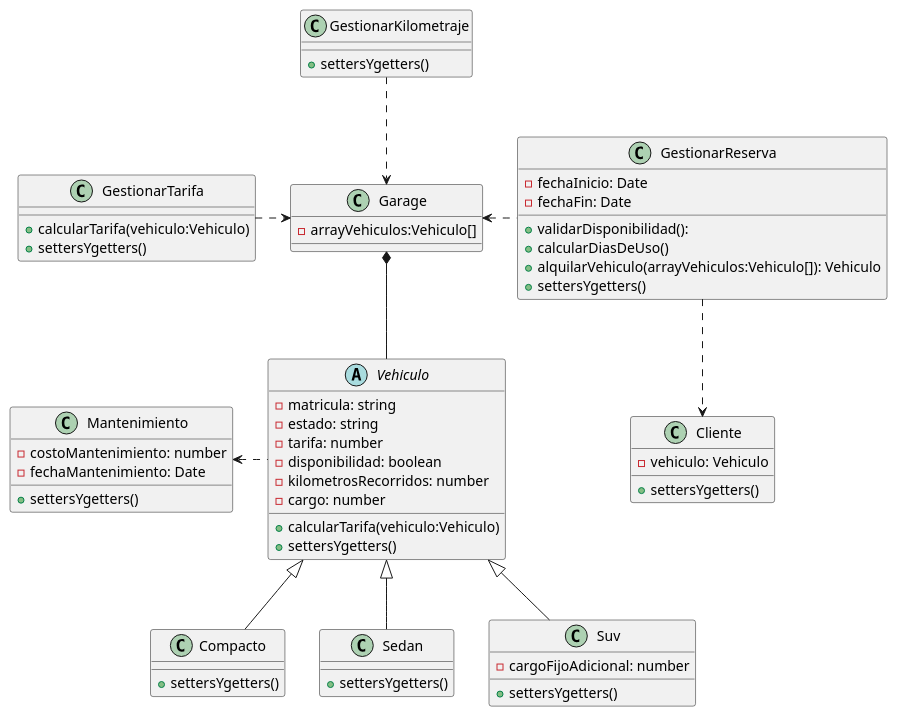
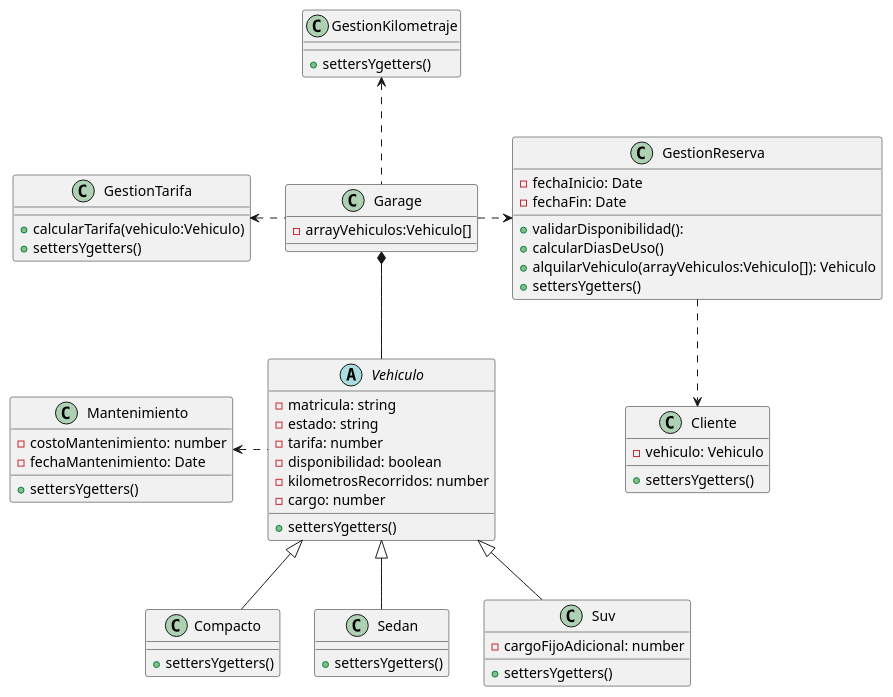
Before and after one commit to antonellaBelenVidela/Programacion2Grupo7: the diagram in diagrama-proyect.puml, drawn with PlantUML.

Commit message:
Coreccion y nuevas notas
Le preguntamos al profe y nos dio unas par de respuestas, concluimos en que hay que tener al Garage como derivador de tareas y una Interfaz Gestor de Tarifas

```diff
--- a/diagrama-proyect.puml
+++ b/diagrama-proyect.puml
@@ -1,86 +1,92 @@
 @startuml DriveHub
+ 
+'Preguntas:
+'Garage Entidad encargada de todo? 
+'Podemos hacer una interfaz para las Gestiones?'
 
-'notas'
-'gestionar reserva como un metodo dentro de garage ?¿'
-'sobreescritura de calcularTarifa'
+'Garage Pulpo derivador de Tareas'
+'Interfaz Gestor de tarifas'
+
 class Garage{
     - arrayVehiculos:Vehiculo[]
 }
 
 'Relaciones'
 Garage *-d- Vehiculo
-GestionarReserva ..> Cliente
+GestionReserva ..> Cliente
 Vehiculo .l.> Mantenimiento
-GestionarTarifa .r.> Garage
-GestionarKilometraje .d.> Garage
-GestionarReserva .l.> Garage
+
+' Voltear '
+GestionTarifa <.r. Garage
+GestionKilometraje <.d. Garage
+GestionReserva <.l. Garage
 
 abstract class Vehiculo{
     - matricula: string
     - estado: string
     - tarifa: number
     - disponibilidad: boolean
     - kilometrosRecorridos: number
     - cargo: number
-
-    + calcularTarifa(vehiculo:Vehiculo) 
+ 
     + settersYgetters()
 }
 
 'kmIniciales y kmFinales para calcular km para tarifa
 'super() para extender'
 'cargo lo heredan los 3'
 class Compacto extends Vehiculo{
     + settersYgetters()
 }
 
 class Sedan extends Vehiculo{
 
     + settersYgetters()
 }
 
 class Suv extends Vehiculo{
 
     - cargoFijoAdicional: number
     + settersYgetters()
 }
 
 class Cliente {
     - vehiculo: Vehiculo
 
     + settersYgetters()
 }
 
-class GestionarReserva{
+class GestionReserva{
 
     - fechaInicio: Date
     - fechaFin: Date
 
     + validarDisponibilidad():
     + calcularDiasDeUso()
     + alquilarVehiculo(arrayVehiculos:Vehiculo[]): Vehiculo
     + settersYgetters()
 }
 
 '+ calcularDiasDeUso() --> FECHA FIN - FECHA INICIO = CANT DE DIAS DE USO'
+'Biblioteca Moment'
 'pedirle al usuario cant de dias de uso y hacer el calculo con ese ingreso
 
-class GestionarTarifa{
+class GestionTarifa{
 
     + calcularTarifa(vehiculo:Vehiculo)
     + settersYgetters()
 }
 
-class GestionarKilometraje{
+class GestionKilometraje{
 
     + settersYgetters()
 }
 
 class Mantenimiento{
     - costoMantenimiento: number
     - fechaMantenimiento: Date
 
     + settersYgetters()
 }
 
 @enduml
```
